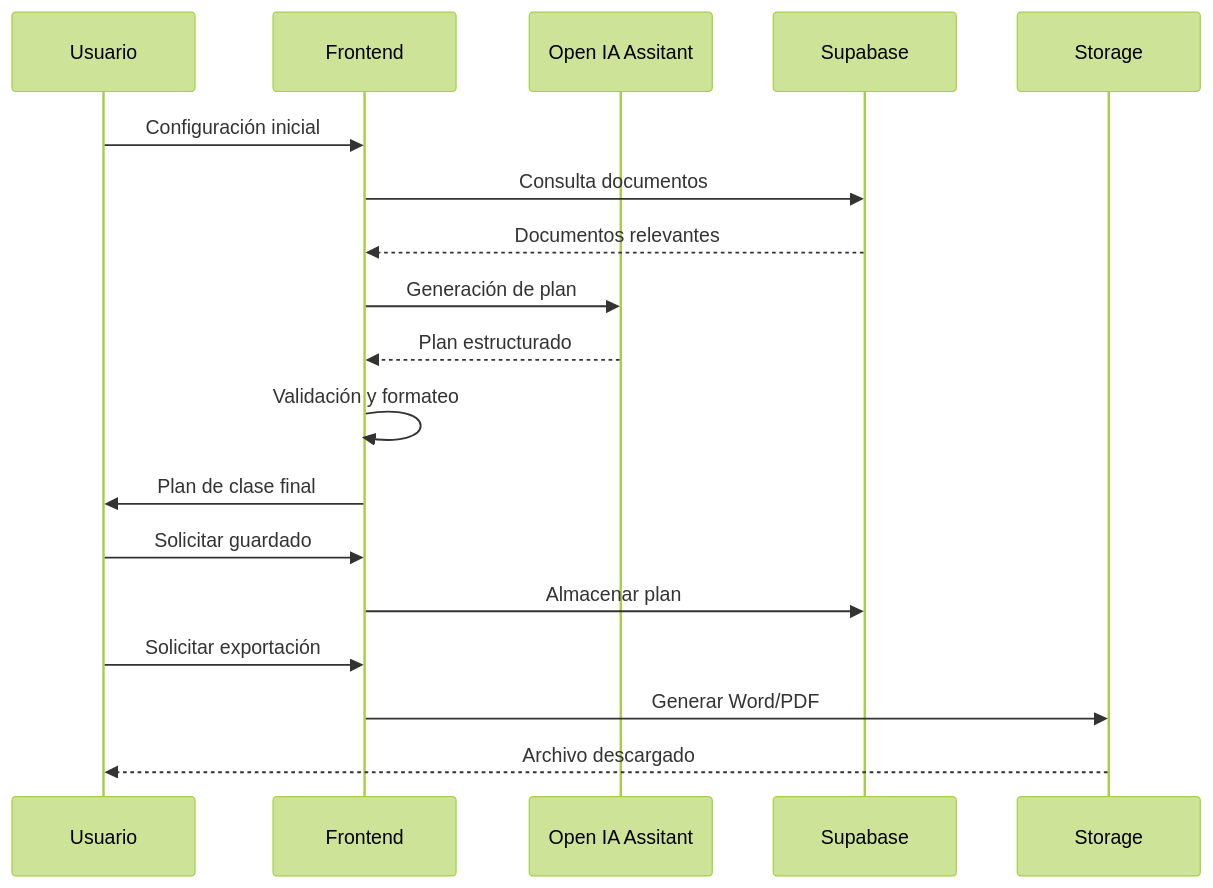
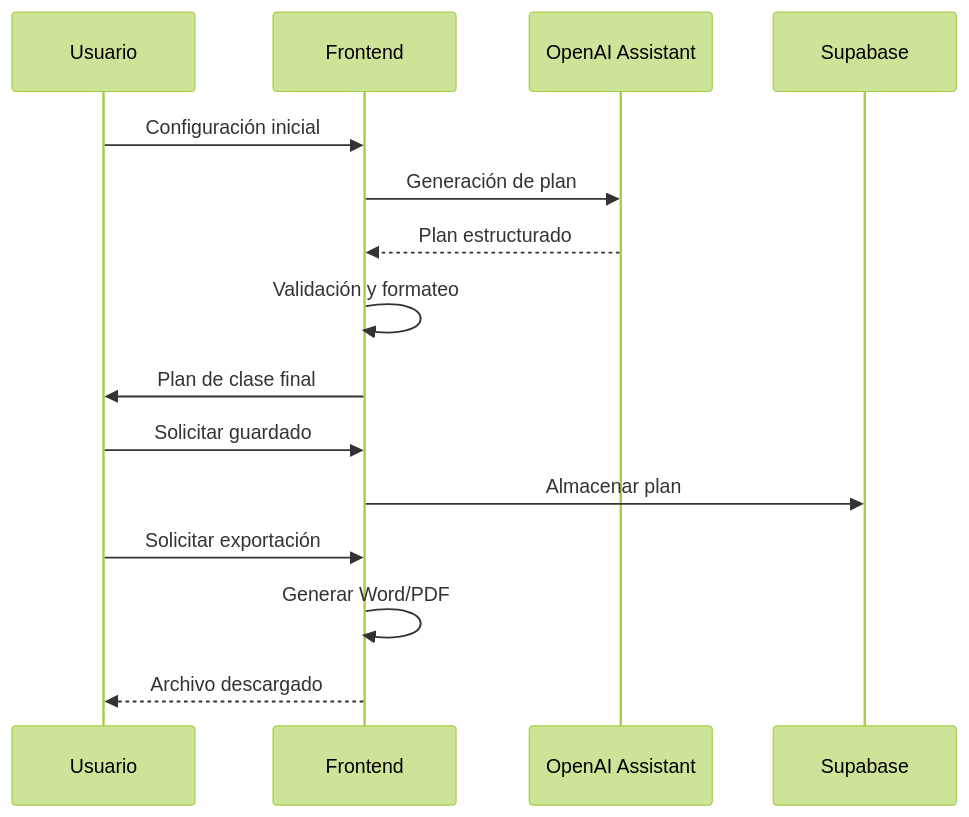
Before and after one commit to Curriaga2002/tutor-agente-ia: the second of 6 diagrams in README.md, drawn with Mermaid (forest theme). The commit also changed other lines of this file, not shown here.

Commit message:
README adaptado: limpieza de referencias a bucket, documentos y RAG; documentación alineada a la estructura actual

````diff
--- a/README.md
+++ b/README.md
@@ -147,21 +104,17 @@
 ```mermaid
 sequenceDiagram
     participant U as Usuario
     participant F as Frontend
-    participant AI as Open IA Assitant
+    participant AI as OpenAI Assistant
     participant DB as Supabase
-    participant S as Storage
-    
     U->>F: Configuración inicial
-    F->>DB: Consulta documentos
-    DB-->>F: Documentos relevantes
     F->>AI: Generación de plan
     AI-->>F: Plan estructurado
     F->>F: Validación y formateo
     F->>U: Plan de clase final
     U->>F: Solicitar guardado
     F->>DB: Almacenar plan
     U->>F: Solicitar exportación
-    F->>S: Generar Word/PDF
-    S-->>U: Archivo descargado
+    F->>F: Generar Word/PDF
+    F-->>U: Archivo descargado
 ```
````
